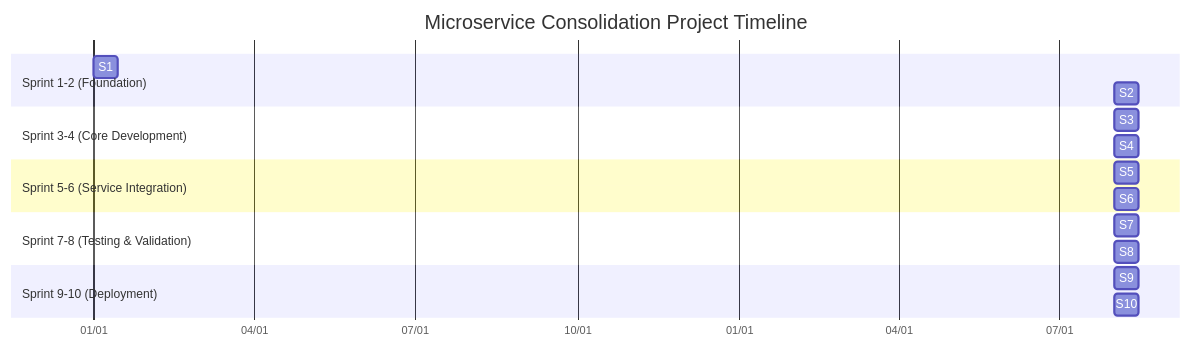
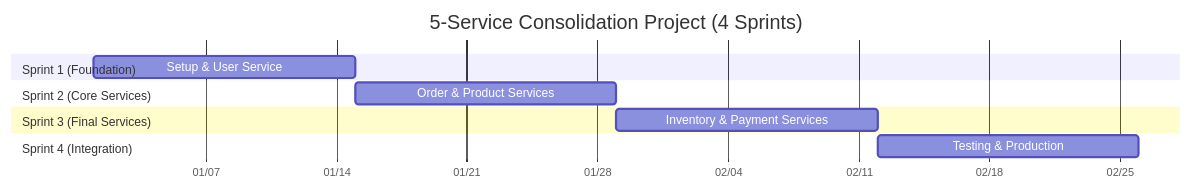
The sixth of 16 diagrams in MICROSERVICE_CONSOLIDATION_PM_TEMPLATE.md (souvikmukherjee/microservice-consolidation), drawn with Mermaid before and after one commit. The commit also changed other lines of this file, not shown here.

First line of the commit message:
refactor: Update PM template to realistic 4-sprint plan for 5 services

````diff
--- a/MICROSERVICE_CONSOLIDATION_PM_TEMPLATE.md
+++ b/MICROSERVICE_CONSOLIDATION_PM_TEMPLATE.md
@@ -412,26 +410,18 @@
 ```mermaid
 gantt
-    title Microservice Consolidation Project Timeline
+    title 5-Service Consolidation Project (4 Sprints)
     dateFormat  YYYY-MM-DD
     axisFormat %m/%d
 
-    section Sprint 1-2 (Foundation)
-    S1: Environment Setup        :s1, 2024-01-01, 2w
-    S2: Analysis & Planning      :s2, after s1, 2w
+    section Sprint 1 (Foundation)
+    Setup & User Service         :s1, 2024-01-01, 2w
     
-    section Sprint 3-4 (Core Development)
-    S3: User Service Migration   :s3, after s2, 2w
-    S4: Database Consolidation   :s4, after s3, 2w
+    section Sprint 2 (Core Services)
+    Order & Product Services     :s2, after s1, 2w
     
-    section Sprint 5-6 (Service Integration)
-    S5: Order Service Migration  :s5, after s4, 2w
-    S6: API Integration         :s6, after s5, 2w
+    section Sprint 3 (Final Services)
+    Inventory & Payment Services :s3, after s2, 2w
     
-    section Sprint 7-8 (Testing & Validation)
-    S7: Integration Testing     :s7, after s6, 2w
-    S8: Performance Testing     :s8, after s7, 2w
-    
-    section Sprint 9-10 (Deployment)
-    S9: Production Preparation  :s9, after s8, 2w
-    S10: Go-Live & Hypercare   :s10, after s9, 2w
+    section Sprint 4 (Integration)
+    Testing & Production         :s4, after s3, 2w
 ```
````
